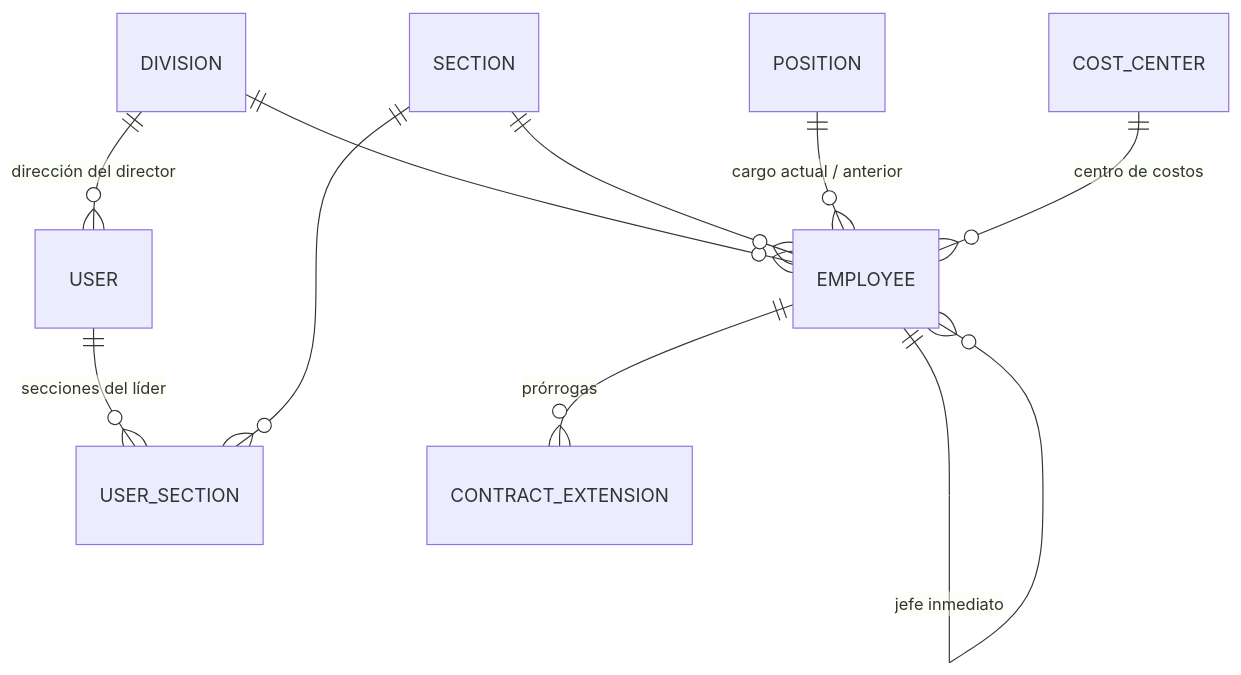
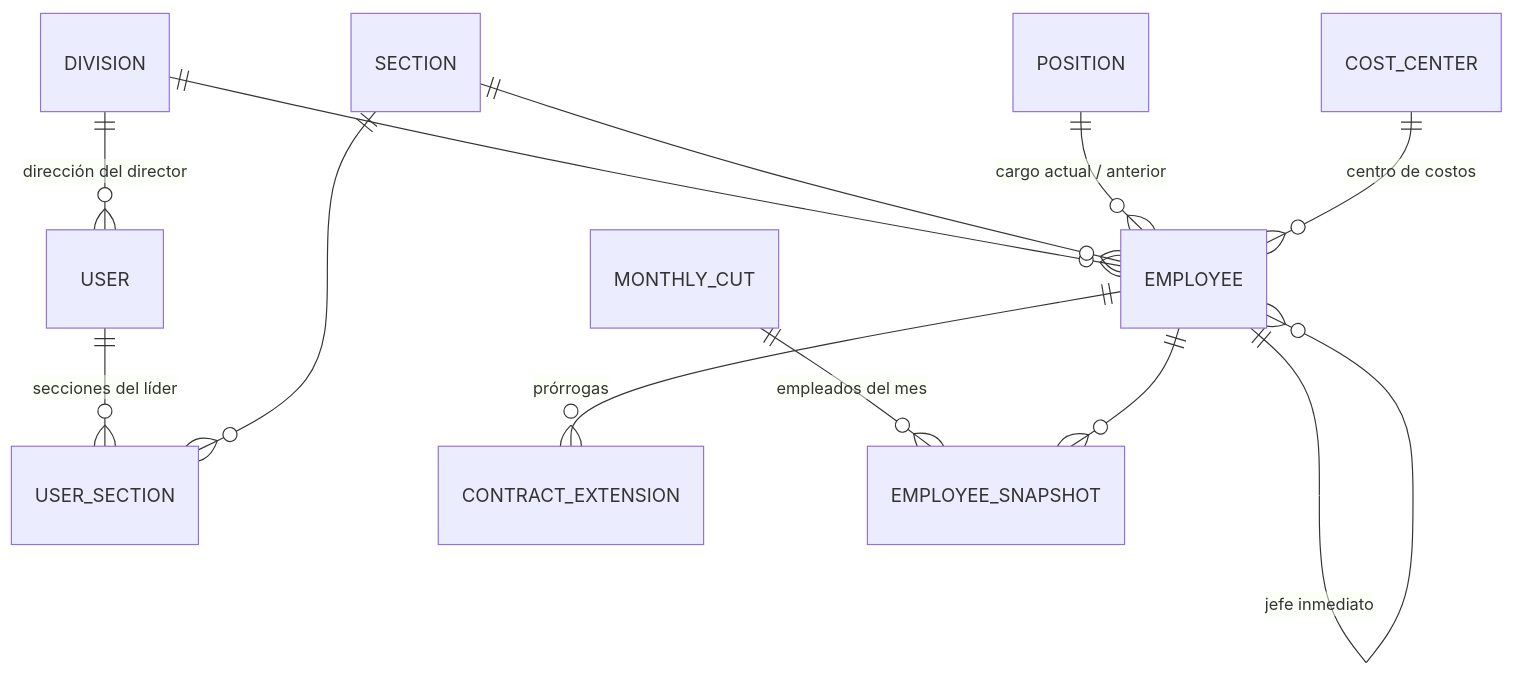
Before and after one commit to JuanTrujilloM/forjas-SIGTH: the fourth of 4 diagrams in docs/DOCUMENTACION-TECNICA.md, drawn with Mermaid. The commit also changed other lines of this file and 1 other file, not shown here.

Commit message:
docs: document the monthly cuts and record their decision

````diff
--- a/docs/DOCUMENTACION-TECNICA.md
+++ b/docs/DOCUMENTACION-TECNICA.md
@@ -255,12 +256,14 @@
 ```mermaid
 erDiagram
     DIVISION ||--o{ USER : "dirección del director"
     USER ||--o{ USER_SECTION : "secciones del líder"
     SECTION ||--o{ USER_SECTION : ""
     DIVISION ||--o{ EMPLOYEE : ""
     SECTION ||--o{ EMPLOYEE : ""
     POSITION ||--o{ EMPLOYEE : "cargo actual / anterior"
     COST_CENTER ||--o{ EMPLOYEE : "centro de costos"
     EMPLOYEE ||--o{ EMPLOYEE : "jefe inmediato"
     EMPLOYEE ||--o{ CONTRACT_EXTENSION : "prórrogas"
+    MONTHLY_CUT ||--o{ EMPLOYEE_SNAPSHOT : "empleados del mes"
+    EMPLOYEE ||--o{ EMPLOYEE_SNAPSHOT : ""
 ```
````
